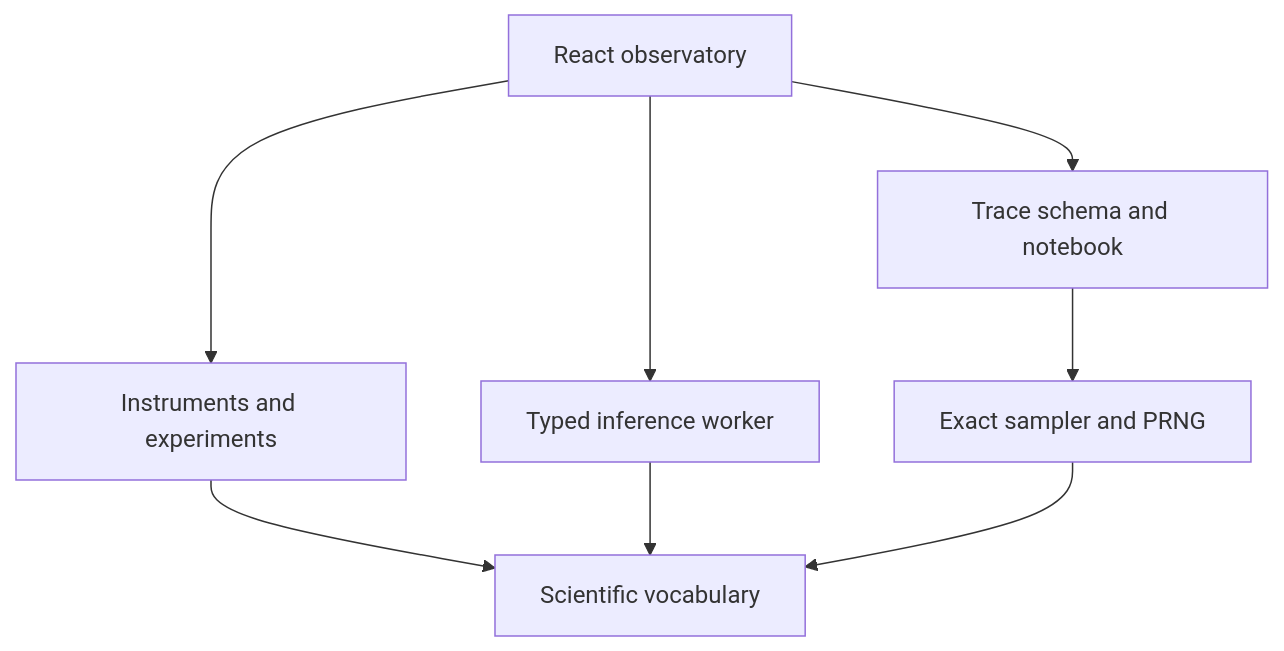
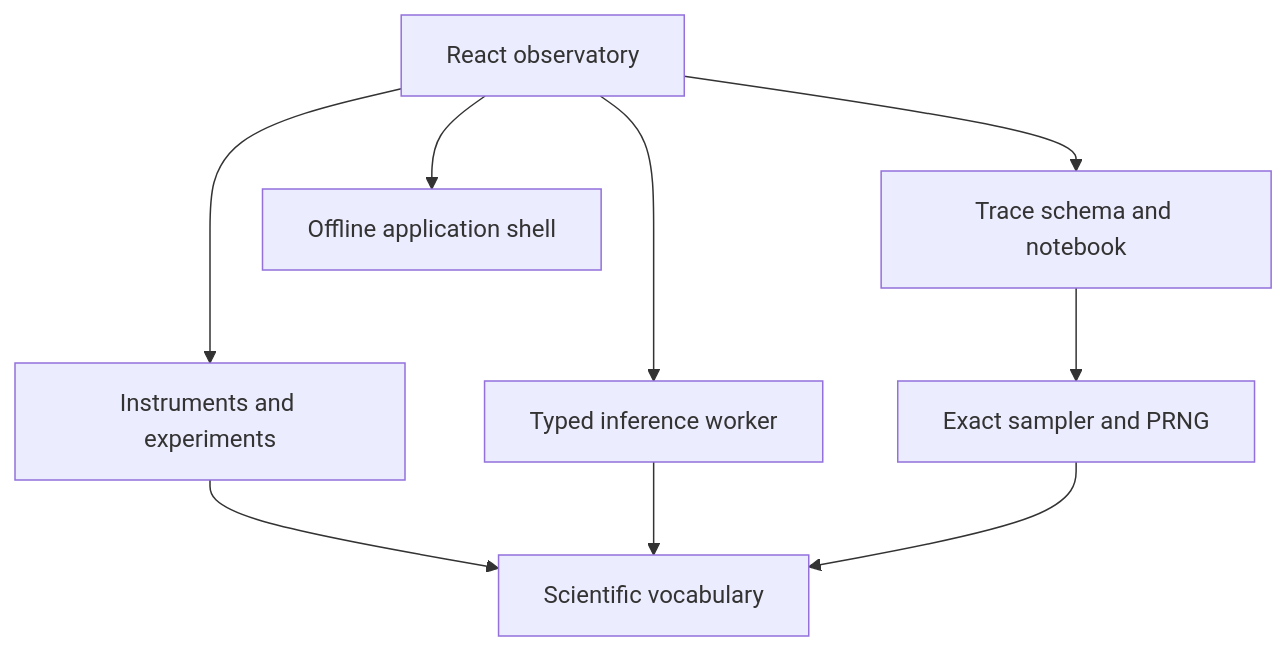
The diagram in docs/architecture/README.md (Blazenetic/thinking-machine-observatory), drawn with Mermaid before and after one commit. The commit also changed other lines of this file and 42 other files, not shown here.

````diff
--- a/docs/architecture/README.md
+++ b/docs/architecture/README.md
@@ -14,10 +14,11 @@
 ```mermaid
 flowchart TD
     App["React observatory"] --> Views["Instruments and experiments"]
     App --> Worker["Typed inference worker"]
     App --> Trace["Trace schema and notebook"]
+    App --> Shell["Offline application shell"]
     Views --> Domain["Scientific vocabulary"]
     Trace --> Sampler["Exact sampler and PRNG"]
     Worker --> Domain
     Sampler --> Domain
 ```
````
